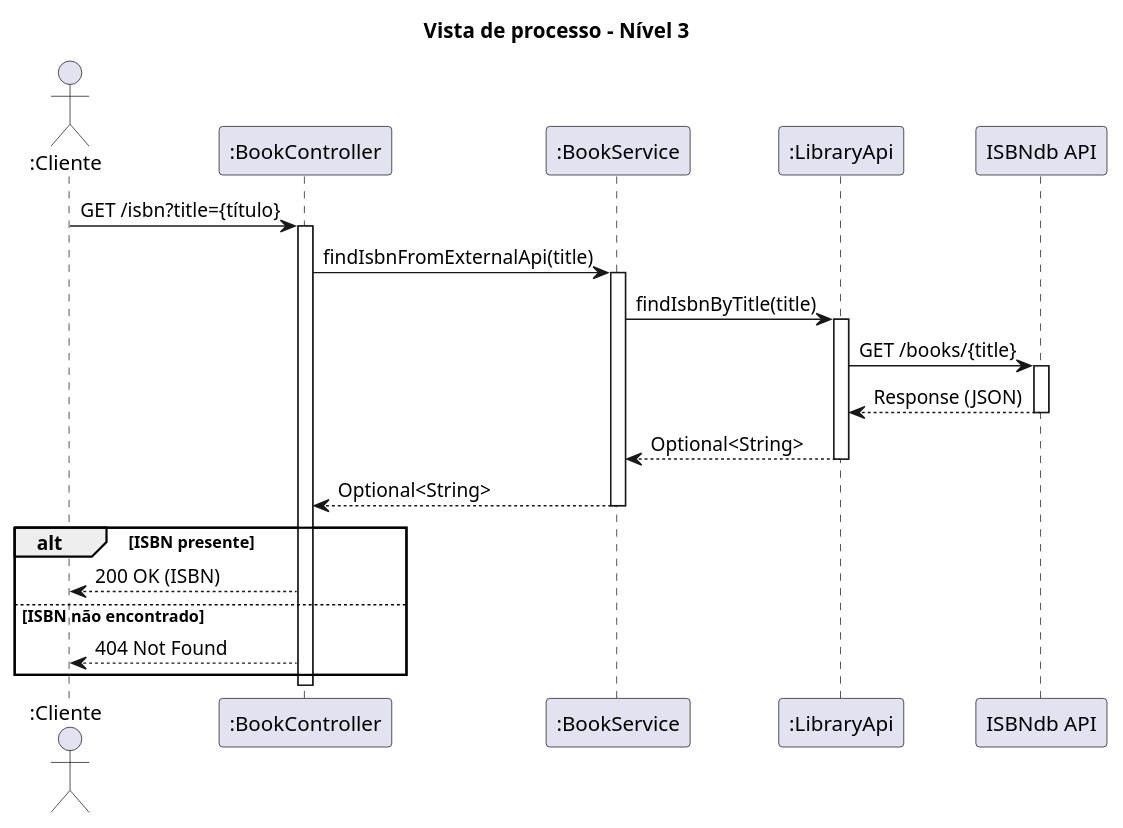
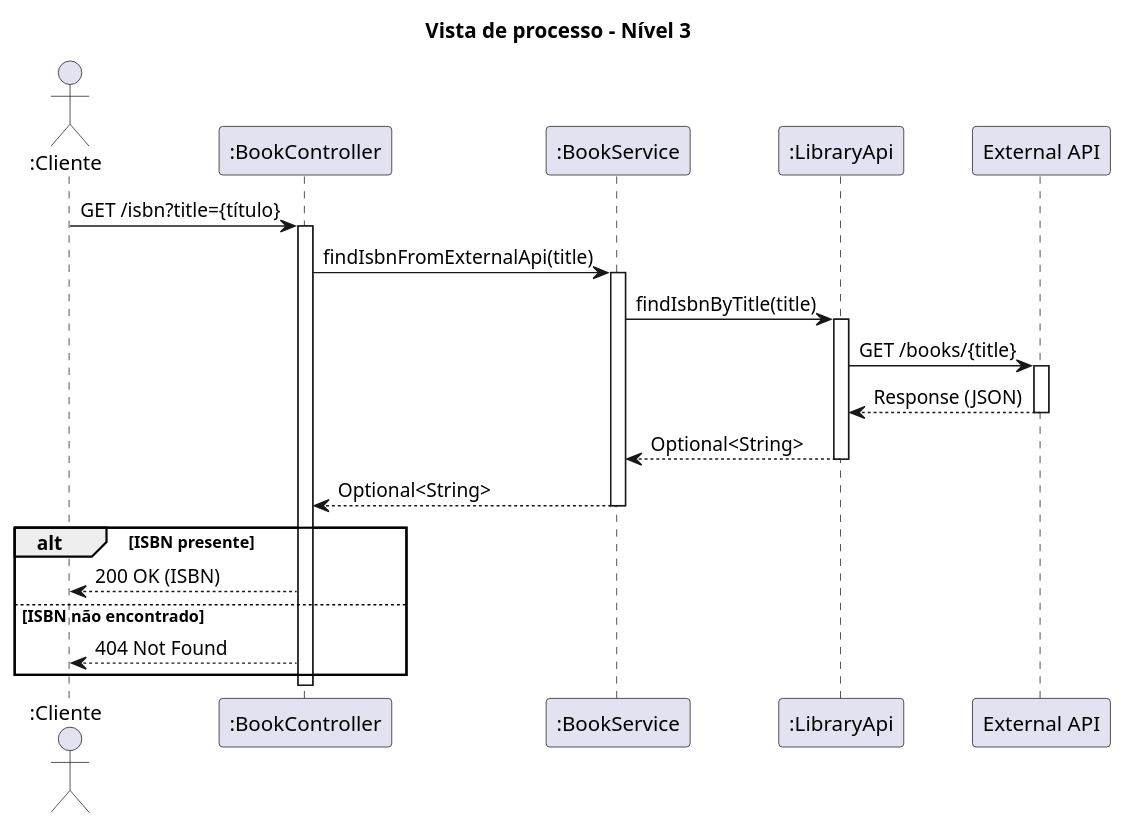
One commit to 1241935/ARQSOFT_25_26 changed the diagram in documentation/Images/STB_-_VP3-IsbnSearch.puml. Above: the diagram before and after it, drawn with PlantUML. The commit also changed 1 other file, not shown here.

```diff
--- a/documentation/Images/STB_-_VP3-IsbnSearch.puml
+++ b/documentation/Images/STB_-_VP3-IsbnSearch.puml
@@ -1,38 +1,38 @@
 @startuml
 title Vista de processo - Nível 3
 
 actor ":Cliente" as Client
 participant ":BookController" as Controller
 participant ":BookService" as Service
 participant ":LibraryApi" as Interface
-participant "ISBNdb API" as API
+participant "External API" as API
 
 Client -> Controller: GET /isbn?title={título}
 activate Controller
 
 Controller -> Service: findIsbnFromExternalApi(title)
 activate Service
 
 Service -> Interface: findIsbnByTitle(title)
 activate Interface
 
 Interface -> API: GET /books/{title}
 activate API
 API --> Interface: Response (JSON)
 deactivate API
 
 Interface --> Service: Optional<String>
 deactivate Interface
 
 Service --> Controller: Optional<String>
 deactivate Service
 
 alt ISBN presente
     Controller --> Client: 200 OK (ISBN)
 else ISBN não encontrado
     Controller --> Client: 404 Not Found
 end
 
 deactivate Controller
 
 @enduml
```
